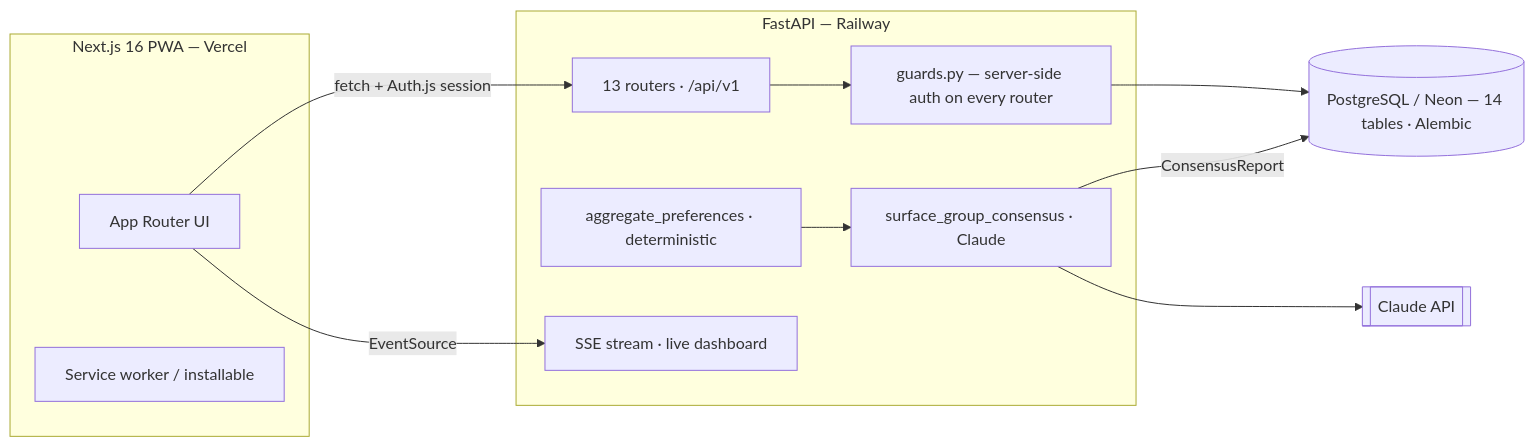
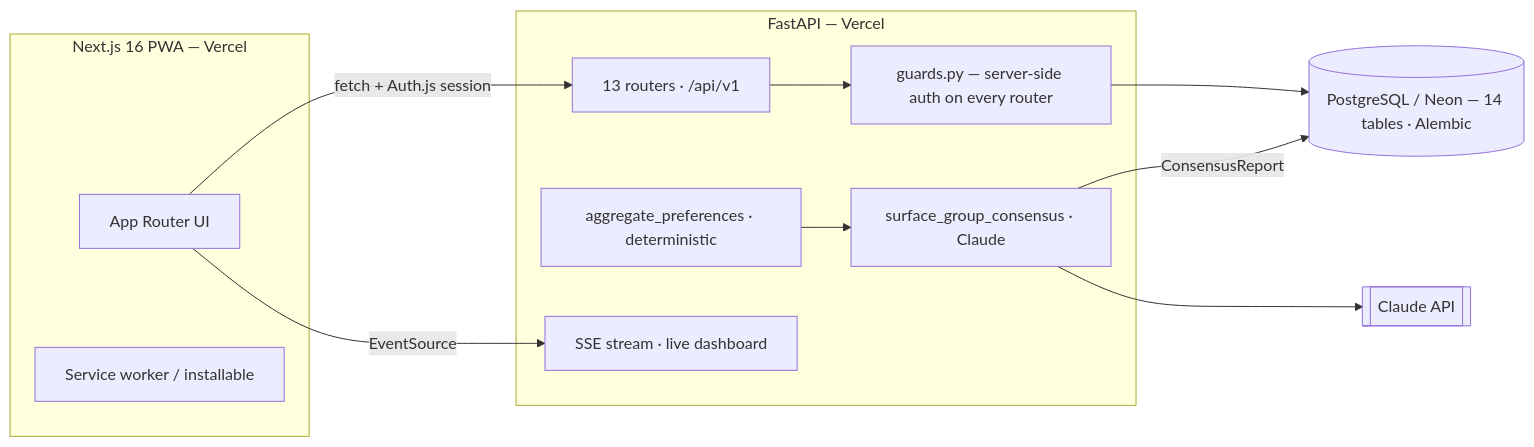
One commit to argaur/group-travel-pwa changed the diagram in README.md. Above: the diagram before and after it, drawn with Mermaid. The commit also changed other lines of this file and 5 other files, not shown here.

````diff
--- a/README.md
+++ b/README.md
@@ -74,22 +74,22 @@
 ```mermaid
 flowchart LR
   subgraph Client["Next.js 16 PWA — Vercel"]
     UI[App Router UI]
     SW[Service worker / installable]
   end
-  subgraph API["FastAPI — Railway"]
+  subgraph API["FastAPI — Vercel"]
     R[13 routers · /api/v1]
     G[guards.py — server-side auth on every router]
     AGG[aggregate_preferences · deterministic]
     SURF[surface_group_consensus · Claude]
     SSE[SSE stream · live dashboard]
   end
   DB[("PostgreSQL / Neon — 14 tables · Alembic")]
   AI[[Claude API]]
 
   UI -- fetch + Auth.js session --> R
   UI -- EventSource --> SSE
   R --> G --> DB
   AGG --> SURF --> AI
   SURF -- ConsensusReport --> DB
 ```
````
